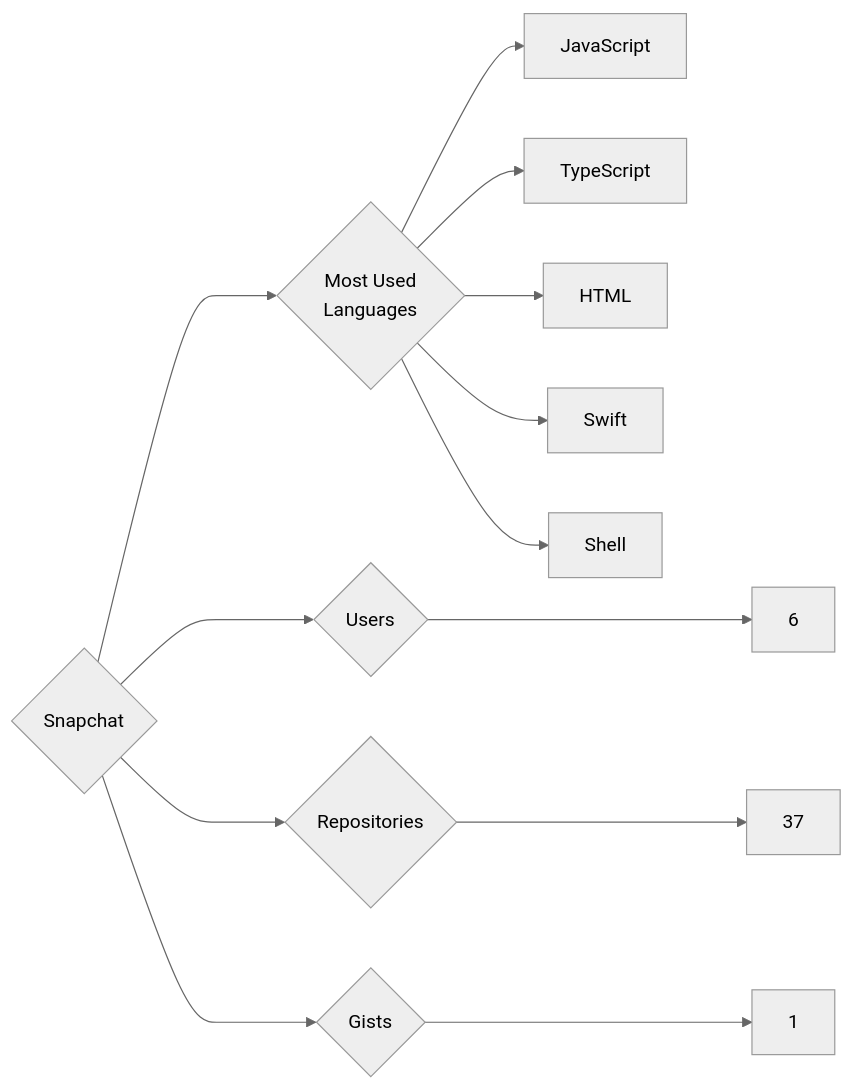
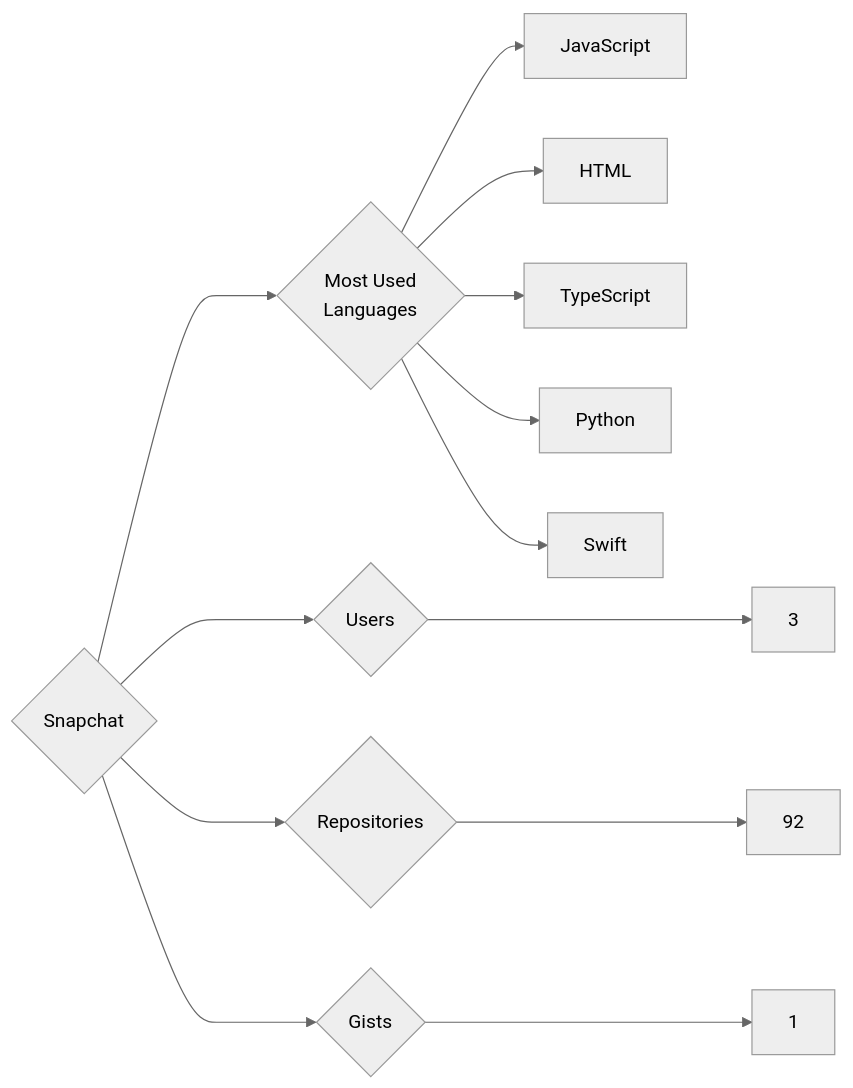
One commit to trickest/insiders changed the diagram in targets/Snapchat/README.md. Above: the diagram before and after it, drawn with Mermaid (neutral theme). The commit also changed 1248 other files, not shown here.

````diff
--- a/targets/Snapchat/README.md
+++ b/targets/Snapchat/README.md
@@ -3,13 +3,13 @@
 ```mermaid
 graph LR
 COMPANY_NAME{Snapchat}
-COMPANY_NAME ---> U{Users} ---> UN[6]
-COMPANY_NAME ---> R{Repositories} ---> RN[37]
+COMPANY_NAME ---> U{Users} ---> UN[3]
+COMPANY_NAME ---> R{Repositories} ---> RN[92]
 COMPANY_NAME ---> G{Gists} ---> GN[1]
 COMPANY_NAME ---> ML{Most Used<br>Languages}
 ML --> JavaScript[JavaScript]
+ML --> HTML[HTML]
 ML --> TypeScript[TypeScript]
-ML --> HTML[HTML]
+ML --> Python[Python]
 ML --> Swift[Swift]
-ML --> Shell[Shell]
 ```
````
